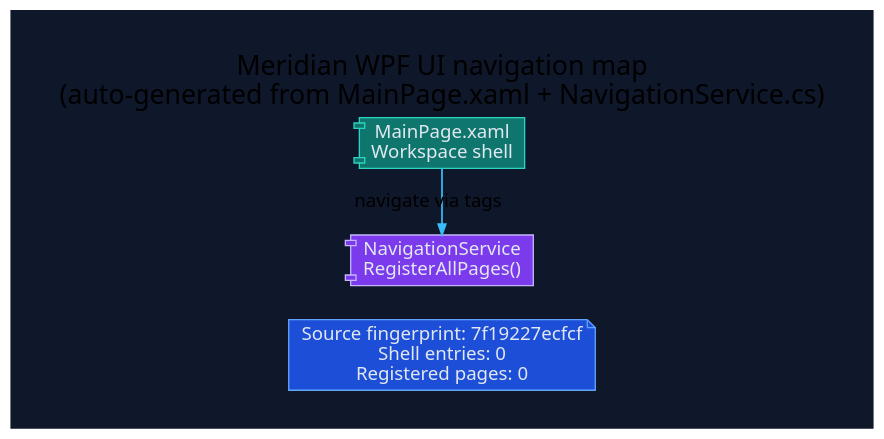
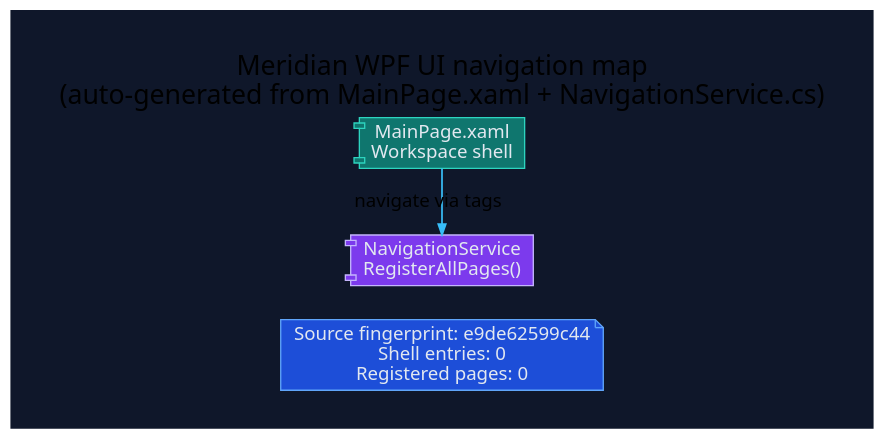
One commit to rodoHasArrived/Meridian-main changed the diagram in docs/diagrams/ui-navigation-map.dot. Above: the diagram before and after it, drawn with Graphviz. The commit also changed 5 other files, not shown here.

Commit message:
docs(diagrams): regenerate diagram artifacts from sources

```diff
--- a/docs/diagrams/ui-navigation-map.dot
+++ b/docs/diagrams/ui-navigation-map.dot
@@ -1,27 +1,27 @@
 // -----------------------------------------------------------------------------
 // <auto-generated>
 // Generated by scripts/generate-diagrams.mjs.
 // Do not edit this file directly; update the WPF source files instead.
 // -----------------------------------------------------------------------------
 digraph UiNavigationMap {
   graph [
     rankdir=LR,
     labelloc=t,
     label="Meridian WPF UI navigation map\n(auto-generated from MainPage.xaml + NavigationService.cs)",
     fontname="Segoe UI",
     fontsize=20,
     pad=0.4,
     nodesep=0.35,
     ranksep=1.0,
     bgcolor="#0f172a"
   ];
   node [fontname="Segoe UI", shape=box, style="rounded,filled", color="#475569", fontcolor="#e2e8f0", fillcolor="#1e293b"];
   edge [fontname="Segoe UI", color="#94a3b8", penwidth=1.3, arrowsize=0.8];
 
-  generated [shape=note, fillcolor="#1d4ed8", color="#60a5fa", label="Source fingerprint: 7f19227ecfcf\nShell entries: 0\nRegistered pages: 0"];
+  generated [shape=note, fillcolor="#1d4ed8", color="#60a5fa", label="Source fingerprint: e9de62599c44\nShell entries: 0\nRegistered pages: 0"];
   shell [shape=component, fillcolor="#0f766e", color="#2dd4bf", label="MainPage.xaml\nWorkspace shell"];
   navigation [shape=component, fillcolor="#7c3aed", color="#c4b5fd", label="NavigationService\nRegisterAllPages()"];
   shell -> navigation [label="navigate via tags", color="#38bdf8"];
 
   { rank=min; generated; shell; navigation; }
 }
```
